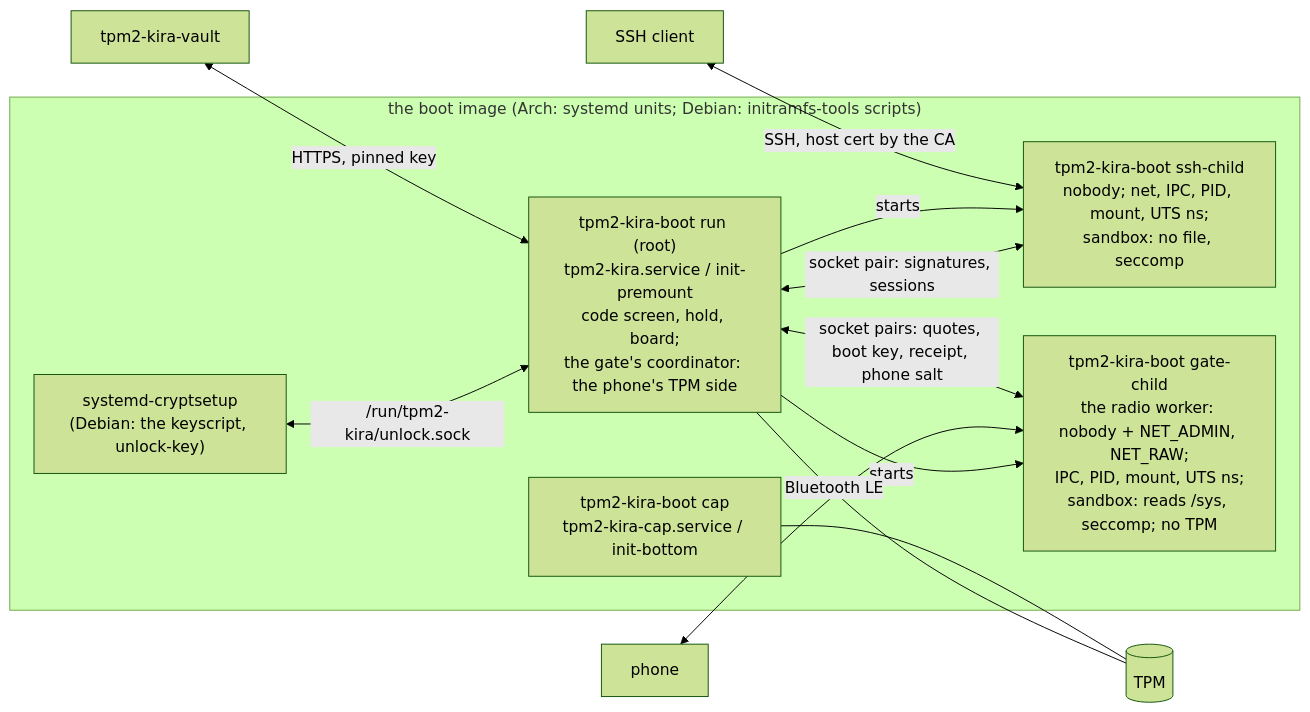
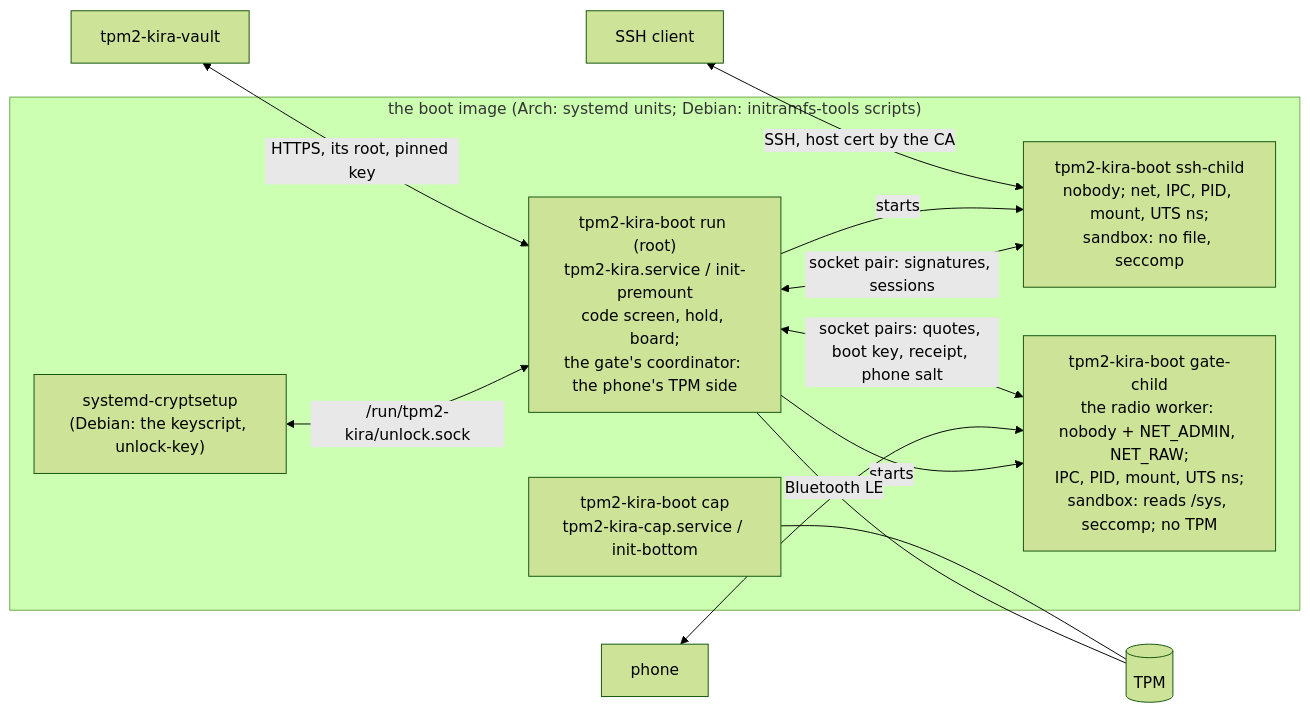
One commit to mrwiora/tpm2-kira changed the fourth of 4 diagrams in docs/ARCHITECTURE.md. Above: the diagram before and after it, drawn with Mermaid (forest theme). The commit also changed other lines of this file and 5 other files, not shown here.

First line of the commit message:
Docs: the vault's own root, verified by every client

````diff
--- a/docs/ARCHITECTURE.md
+++ b/docs/ARCHITECTURE.md
@@ -126,20 +126,20 @@
 ```mermaid
 flowchart LR
   subgraph INITRD["the boot image (Arch: systemd units; Debian: initramfs-tools scripts)"]
     RUN["tpm2-kira-boot run (root)<br/>tpm2-kira.service / init-premount<br/>code screen, hold, board;<br/>the gate's coordinator: the phone's TPM side"]
     CHILD["tpm2-kira-boot ssh-child<br/>nobody; net, IPC, PID, mount, UTS ns;<br/>sandbox: no file, seccomp"]
     GATE["tpm2-kira-boot gate-child<br/>the radio worker: nobody + NET_ADMIN, NET_RAW;<br/>IPC, PID, mount, UTS ns;<br/>sandbox: reads /sys, seccomp; no TPM"]
     CRYPT["systemd-cryptsetup<br/>(Debian: the keyscript, unlock-key)"]
     CAP["tpm2-kira-boot cap<br/>tpm2-kira-cap.service / init-bottom"]
   end
   TPM[("TPM")]
   RUN <-->|socket pair: signatures, sessions| CHILD
   RUN -->|starts| CHILD & GATE
   GATE <-->|socket pairs: quotes, boot key, receipt, phone salt| RUN
   CRYPT <-->|/run/tpm2-kira/unlock.sock| RUN
   RUN --- TPM
   CAP --- TPM
   SSHC["SSH client"] <-->|SSH, host cert by the CA| CHILD
   PHONEB["phone"] <-->|Bluetooth LE| GATE
-  VAULTS["tpm2-kira-vault"] <-->|HTTPS, pinned key| RUN
+  VAULTS["tpm2-kira-vault"] <-->|HTTPS, its root, pinned key| RUN
 ```
````
